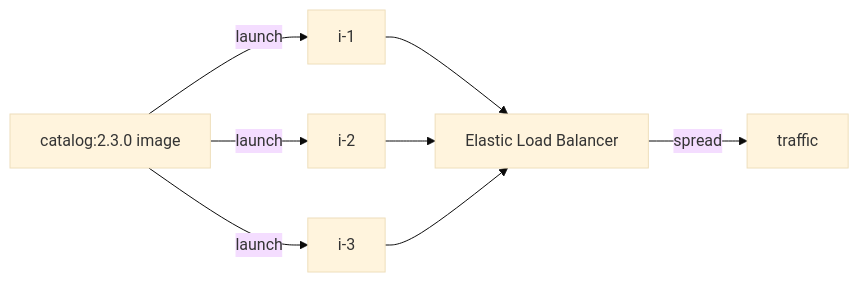
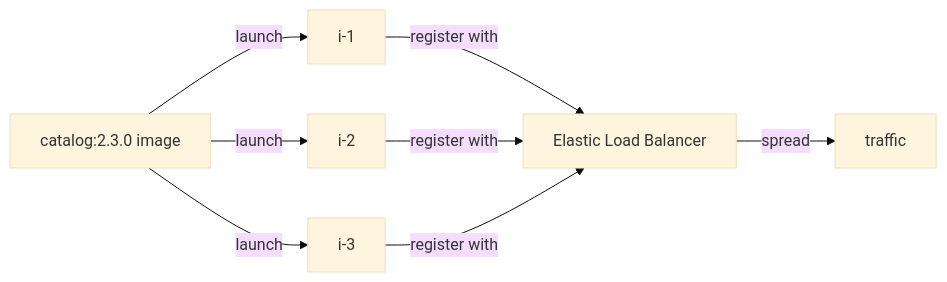
The tenth of 13 diagrams in docs/ch38-service-per-vm.md (vinayakuber/microservices-io-study-guide), drawn with Mermaid (base theme) before and after one commit. The commit also changed other lines of this file and 71 other files, not shown here.

First line of the commit message:
R18: label every diagram arrow with its meaning

````diff
--- a/docs/ch38-service-per-vm.md
+++ b/docs/ch38-service-per-vm.md
@@ -308,10 +308,10 @@
 ```mermaid
 flowchart LR
   AMI["catalog:2.3.0 image"] -->|"launch"| I1["i-1"]
   AMI -->|"launch"| I2["i-2"]
   AMI -->|"launch"| I3["i-3"]
-  I1 --> ELB["Elastic Load Balancer"]
-  I2 --> ELB
-  I3 --> ELB
+  I1 -->|"register with"| ELB["Elastic Load Balancer"]
+  I2 -->|"register with"| ELB
+  I3 -->|"register with"| ELB
   ELB -->|"spread"| T["traffic"]
 ```
````
